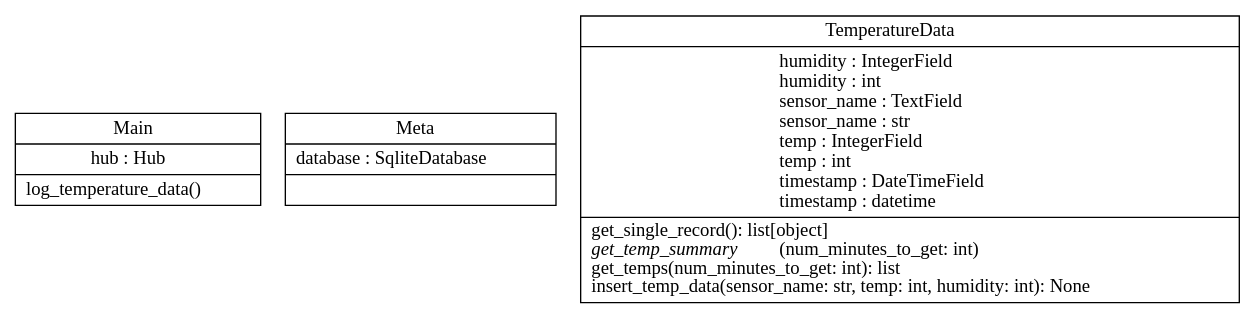
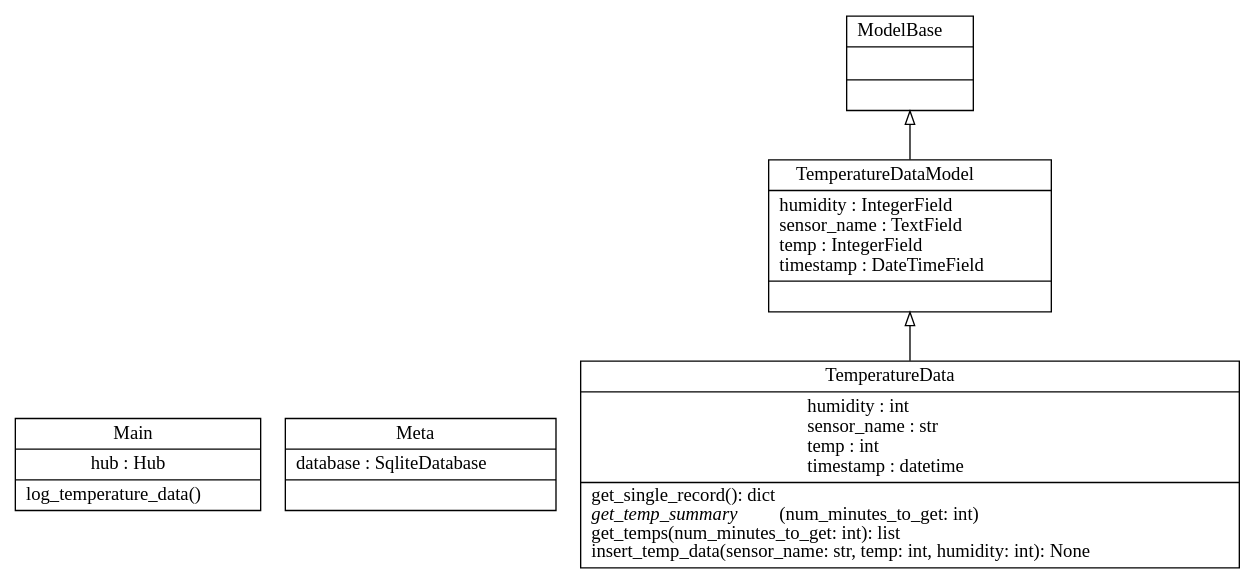
One commit to Jelloeater/hubitat-temp-logger changed the diagram in docs/classes.dot. Above: the diagram before and after it, drawn with Graphviz. The commit also changed 3 other files, not shown here.

```diff
--- a/docs/classes.dot
+++ b/docs/classes.dot
@@ -1,7 +1,11 @@
 digraph "classes" {
 rankdir=BT
 charset="utf-8"
 "temp_logger.__main__.Main" [color="black", fontcolor="black", label=<{Main|hub : Hub<br ALIGN="LEFT"/>|log_temperature_data()<br ALIGN="LEFT"/>}>, shape="record", style="solid"];
-"temp_logger.db.TemperatureData.Meta" [color="black", fontcolor="black", label=<{Meta|database : SqliteDatabase<br ALIGN="LEFT"/>|}>, shape="record", style="solid"];
-"temp_logger.db.TemperatureData" [color="black", fontcolor="black", label=<{TemperatureData|humidity : IntegerField<br ALIGN="LEFT"/>humidity : int<br ALIGN="LEFT"/>sensor_name : TextField<br ALIGN="LEFT"/>sensor_name : str<br ALIGN="LEFT"/>temp : IntegerField<br ALIGN="LEFT"/>temp : int<br ALIGN="LEFT"/>timestamp : DateTimeField<br ALIGN="LEFT"/>timestamp : datetime<br ALIGN="LEFT"/>|get_single_record(): list[object]<br ALIGN="LEFT"/><I>get_temp_summary</I>(num_minutes_to_get: int)<br ALIGN="LEFT"/>get_temps(num_minutes_to_get: int): list<br ALIGN="LEFT"/>insert_temp_data(sensor_name: str, temp: int, humidity: int): None<br ALIGN="LEFT"/>}>, shape="record", style="solid"];
+"temp_logger.db.ModelBase.Meta" [color="black", fontcolor="black", label=<{Meta|database : SqliteDatabase<br ALIGN="LEFT"/>|}>, shape="record", style="solid"];
+"temp_logger.db.ModelBase" [color="black", fontcolor="black", label=<{ModelBase|<br ALIGN="LEFT"/>|}>, shape="record", style="solid"];
+"temp_logger.db.TemperatureData" [color="black", fontcolor="black", label=<{TemperatureData|humidity : int<br ALIGN="LEFT"/>sensor_name : str<br ALIGN="LEFT"/>temp : int<br ALIGN="LEFT"/>timestamp : datetime<br ALIGN="LEFT"/>|get_single_record(): dict<br ALIGN="LEFT"/><I>get_temp_summary</I>(num_minutes_to_get: int)<br ALIGN="LEFT"/>get_temps(num_minutes_to_get: int): list<br ALIGN="LEFT"/>insert_temp_data(sensor_name: str, temp: int, humidity: int): None<br ALIGN="LEFT"/>}>, shape="record", style="solid"];
+"temp_logger.db.TemperatureDataModel" [color="black", fontcolor="black", label=<{TemperatureDataModel|humidity : IntegerField<br ALIGN="LEFT"/>sensor_name : TextField<br ALIGN="LEFT"/>temp : IntegerField<br ALIGN="LEFT"/>timestamp : DateTimeField<br ALIGN="LEFT"/>|}>, shape="record", style="solid"];
+"temp_logger.db.TemperatureData" -> "temp_logger.db.TemperatureDataModel" [arrowhead="empty", arrowtail="none"];
+"temp_logger.db.TemperatureDataModel" -> "temp_logger.db.ModelBase" [arrowhead="empty", arrowtail="none"];
 }
```
